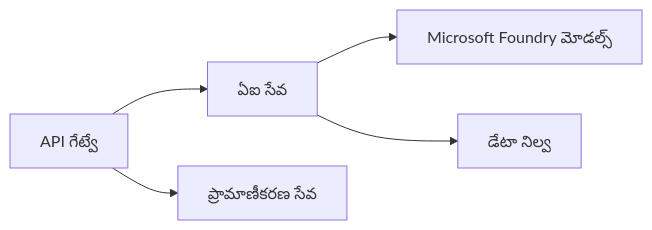
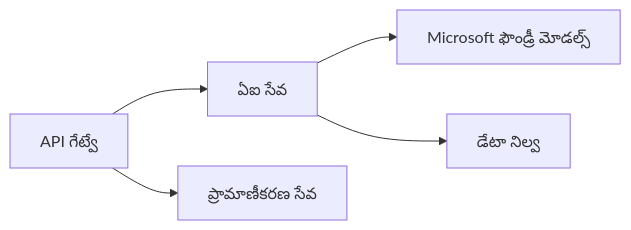
Before and after one commit to microsoft/AZD-for-beginners: the first of 2 diagrams in translations/te/docs/chapter-08-production/README.md, drawn with Mermaid. The commit also changed other lines of this file and 101 other files, not shown here.

````diff
--- a/translations/te/docs/chapter-08-production/README.md
+++ b/translations/te/docs/chapter-08-production/README.md
@@ -46,6 +48,6 @@
 ```mermaid
 graph LR
-    Gateway[API గేట్వే] --> AI[ఏఐ సేవ] --> Models[Microsoft Foundry మోడల్స్]
+    Gateway[API గేట్వే] --> AI[ఏఐ సేవ] --> Models[Microsoft ఫౌండ్రీ మోడల్స్]
     Gateway --> Auth[ప్రామాణీకరణ సేవ]
     AI --> Data[డేటా నిల్వ]
 ```
````
